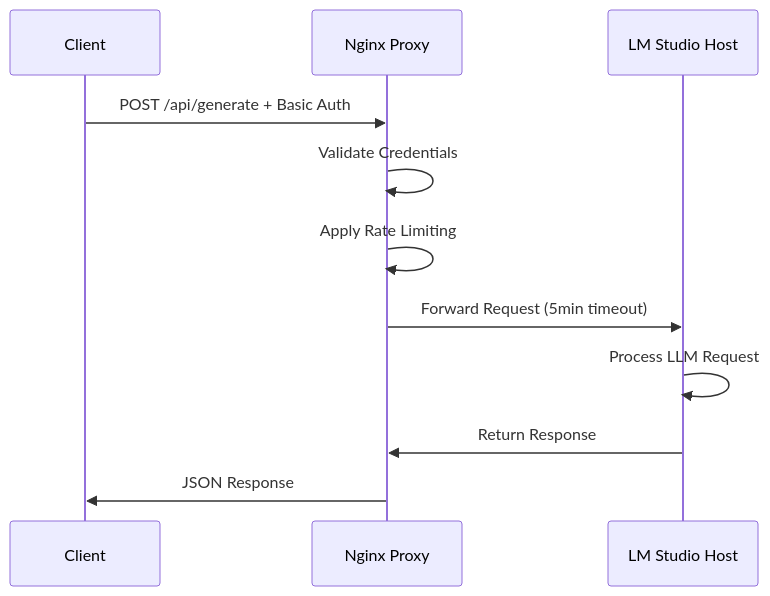
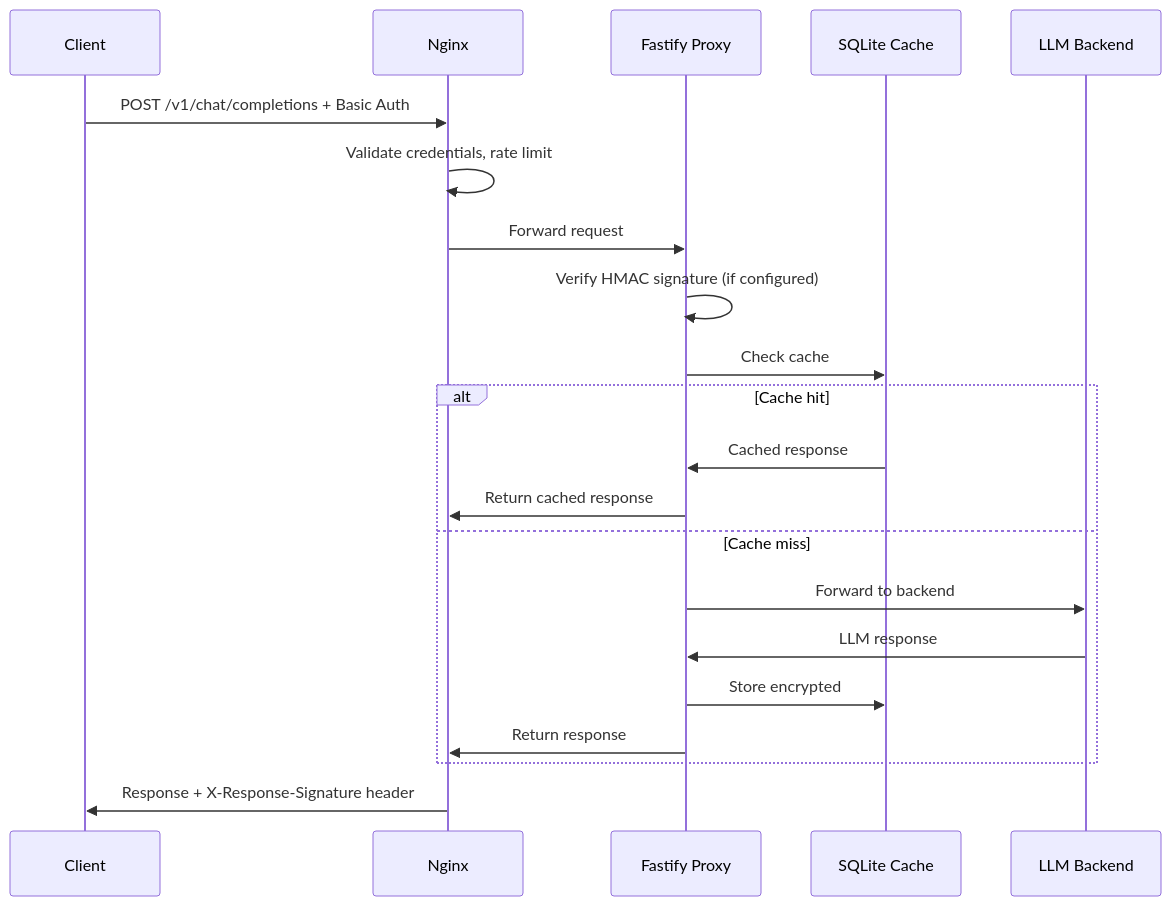
The second of 3 diagrams in docs/request-flow.md (alexandrughinea/lmstudio-nginx-ngrok), drawn with Mermaid before and after one commit. The commit also changed other lines of this file and 33 other files, not shown here.

First line of the commit message:
Migrate stack from LM Studio + ngrok to vLLM + Fastify + Nginx

````diff
--- a/docs/request-flow.md
+++ b/docs/request-flow.md
@@ -61,14 +36,24 @@
 ```mermaid
 sequenceDiagram
     participant C as Client
-    participant N as Nginx Proxy
-    participant O as LM Studio Host
-    
-    C->>N: POST /api/generate + Basic Auth
-    N->>N: Validate Credentials
-    N->>N: Apply Rate Limiting
-    N->>O: Forward Request (5min timeout)
-    O->>O: Process LLM Request
-    O->>N: Return Response
-    N->>C: JSON Response
+    participant N as Nginx
+    participant F as Fastify Proxy
+    participant DB as SQLite Cache
+    participant B as LLM Backend
+
+    C->>N: POST /v1/chat/completions + Basic Auth
+    N->>N: Validate credentials, rate limit
+    N->>F: Forward request
+    F->>F: Verify HMAC signature (if configured)
+    F->>DB: Check cache
+    alt Cache hit
+        DB->>F: Cached response
+        F->>N: Return cached response
+    else Cache miss
+        F->>B: Forward to backend
+        B->>F: LLM response
+        F->>DB: Store encrypted
+        F->>N: Return response
+    end
+    N->>C: Response + X-Response-Signature header
 ```
````
